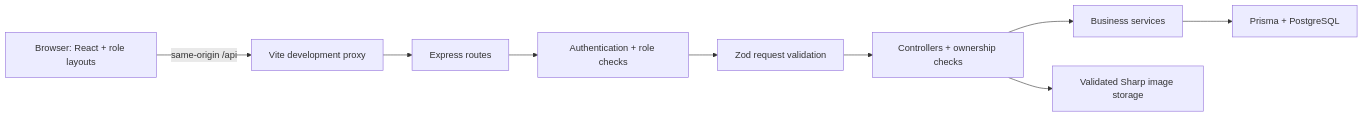
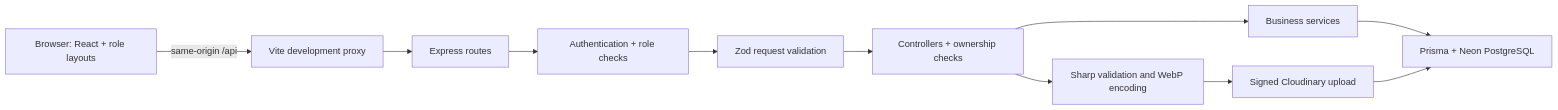
Before and after one commit to gopalp20/E-Commerce: the first of 2 diagrams in DATA_FLOW_AND_ERD.md, drawn with Mermaid. The commit also changed other lines of this file and 4 other files, not shown here.

Commit message:
Document Cloudinary setup and verified upload coverage

````diff
--- a/DATA_FLOW_AND_ERD.md
+++ b/DATA_FLOW_AND_ERD.md
@@ -7,11 +7,13 @@
 ```mermaid
 flowchart LR
     B[Browser: React + role layouts] -->|same-origin /api| V[Vite development proxy]
     V --> E[Express routes]
     E --> A[Authentication + role checks]
     A --> Z[Zod request validation]
     Z --> C[Controllers + ownership checks]
     C --> S[Business services]
-    S --> P[Prisma + PostgreSQL]
-    C --> M[Validated Sharp image storage]
+    S --> P[Prisma + Neon PostgreSQL]
+    C --> M[Sharp validation and WebP encoding]
+    M --> CL[Signed Cloudinary upload]
+    CL --> P
 ```
````
